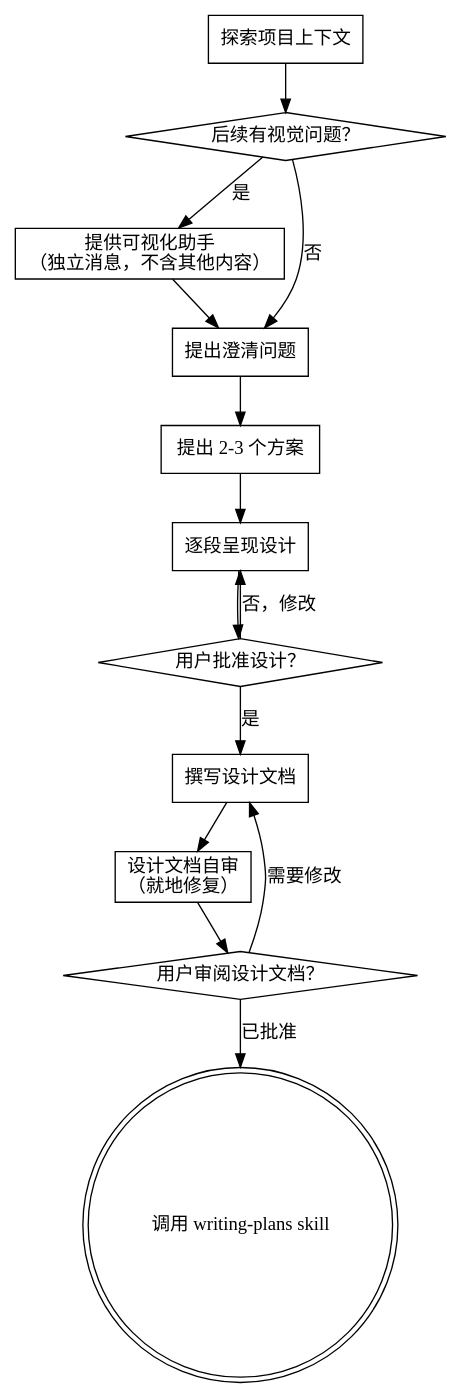
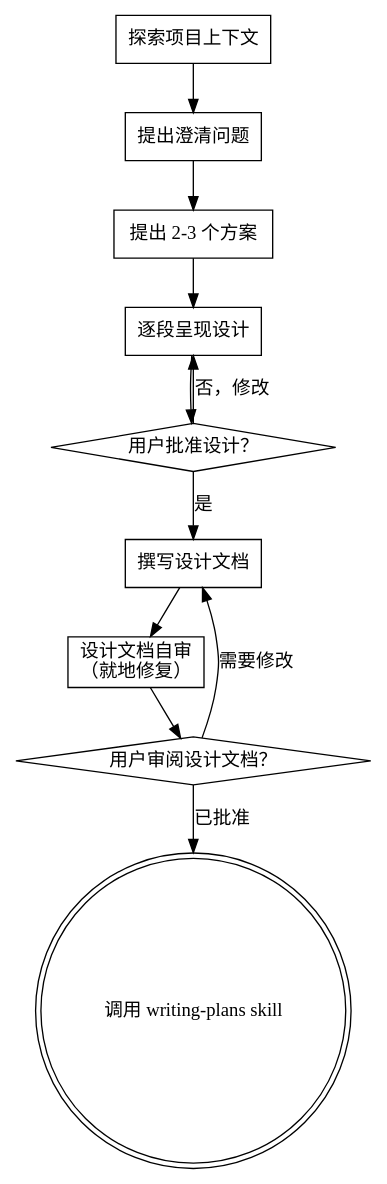
One commit to Tamrac-web/zonedev changed the diagram in skills/brainstorming/SKILL.md. Above: the diagram before and after it, drawn with Graphviz. The commit also changed other lines of this file and 6 other files, not shown here.

````diff
--- a/skills/brainstorming/SKILL.md
+++ b/skills/brainstorming/SKILL.md
@@ -36,29 +35,24 @@
 ```dot
 digraph brainstorming {
     "探索项目上下文" [shape=box];
-    "后续有视觉问题？" [shape=diamond];
-    "提供可视化助手\n（独立消息，不含其他内容）" [shape=box];
     "提出澄清问题" [shape=box];
     "提出 2-3 个方案" [shape=box];
     "逐段呈现设计" [shape=box];
     "用户批准设计？" [shape=diamond];
     "撰写设计文档" [shape=box];
     "设计文档自审\n（就地修复）" [shape=box];
     "用户审阅设计文档？" [shape=diamond];
     "调用 writing-plans skill" [shape=doublecircle];
 
-    "探索项目上下文" -> "后续有视觉问题？";
-    "后续有视觉问题？" -> "提供可视化助手\n（独立消息，不含其他内容）" [label="是"];
-    "后续有视觉问题？" -> "提出澄清问题" [label="否"];
-    "提供可视化助手\n（独立消息，不含其他内容）" -> "提出澄清问题";
+    "探索项目上下文" -> "提出澄清问题";
     "提出澄清问题" -> "提出 2-3 个方案";
     "提出 2-3 个方案" -> "逐段呈现设计";
     "逐段呈现设计" -> "用户批准设计？";
     "用户批准设计？" -> "逐段呈现设计" [label="否，修改"];
     "用户批准设计？" -> "撰写设计文档" [label="是"];
     "撰写设计文档" -> "设计文档自审\n（就地修复）";
     "设计文档自审\n（就地修复）" -> "用户审阅设计文档？";
     "用户审阅设计文档？" -> "撰写设计文档" [label="需要修改"];
     "用户审阅设计文档？" -> "调用 writing-plans skill" [label="已批准"];
 }
 ```
````
